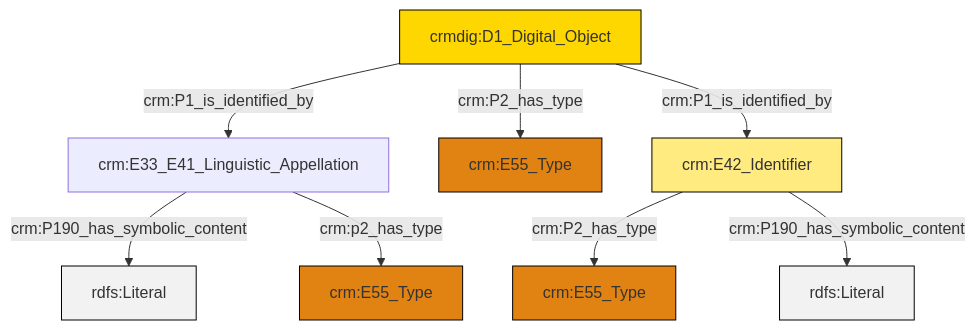
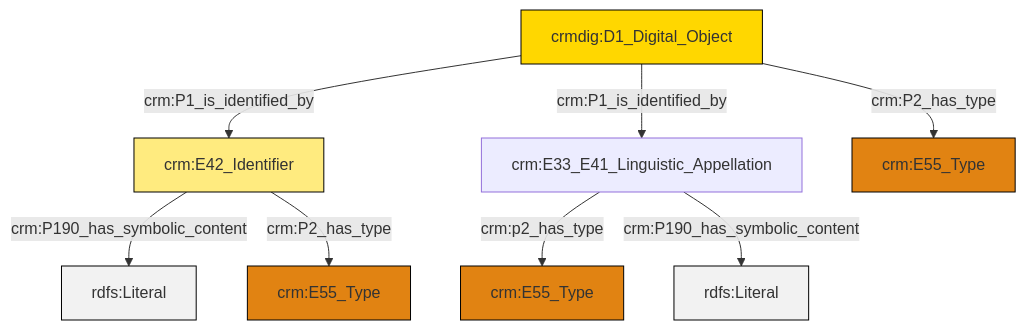
One commit to ncarboni/srdm changed the diagram in et/doCSV/ttl/mmd/do_name.ttl.mmd. Above: the diagram before and after it, drawn with Mermaid. The commit also changed 127 other files, not shown here.

```diff
--- a/et/doCSV/ttl/mmd/do_name.ttl.mmd
+++ b/et/doCSV/ttl/mmd/do_name.ttl.mmd
@@ -1,22 +1,22 @@
 graph TD
 classDef Literal fill:#f2f2f2,stroke:#000000;
 classDef CRM_Entity fill:#FFFFFF,stroke:#000000;
 classDef Temporal_Entity fill:#00C9E6, stroke:#000000;
 classDef Type fill:#E18312, stroke:#000000;
 classDef Time-Span fill:#2C9C91, stroke:#000000;
 classDef Appellation fill:#FFEB7F, stroke:#000000;
 classDef Place fill:#008836, stroke:#000000;
 classDef Persistent_Item fill:#B266B2, stroke:#000000;
 classDef Conceptual_Object fill:#FFD700, stroke:#000000;
 classDef Physical_Thing fill:#D2B48C, stroke:#000000;
 classDef Actor fill:#f58aad, stroke:#000000;
 classDef PC_Classes fill:#4ce600, stroke:#000000;
 classDef Multi fill:#cccccc,stroke:#000000;
 
-4["crm:E42_Identifier"]:::Appellation -->|crm:P2_has_type| 2["crm:E55_Type"]:::Type
-5["crmdig:D1_Digital_Object"]:::Conceptual_Object -->|crm:P2_has_type| 6["crm:E55_Type"]:::Type
-7["crm:E33_E41_Linguistic_Appellation"]:::Default -->|crm:P190_has_symbolic_content| 8[rdfs:Literal]:::Literal
-7["crm:E33_E41_Linguistic_Appellation"]:::Default -->|crm:p2_has_type| 0["crm:E55_Type"]:::Type
-5["crmdig:D1_Digital_Object"]:::Conceptual_Object -->|crm:P1_is_identified_by| 7["crm:E33_E41_Linguistic_Appellation"]:::Default
-4["crm:E42_Identifier"]:::Appellation -->|crm:P190_has_symbolic_content| 12[rdfs:Literal]:::Literal
-5["crmdig:D1_Digital_Object"]:::Conceptual_Object -->|crm:P1_is_identified_by| 4["crm:E42_Identifier"]:::Appellation
+2["crm:E33_E41_Linguistic_Appellation"]:::Default -->|crm:p2_has_type| 3["crm:E55_Type"]:::Type
+4["crm:E42_Identifier"]:::Appellation -->|crm:P190_has_symbolic_content| 6[rdfs:Literal]:::Literal
+0["crmdig:D1_Digital_Object"]:::Conceptual_Object -->|crm:P1_is_identified_by| 4["crm:E42_Identifier"]:::Appellation
+0["crmdig:D1_Digital_Object"]:::Conceptual_Object -->|crm:P2_has_type| 9["crm:E55_Type"]:::Type
+4["crm:E42_Identifier"]:::Appellation -->|crm:P2_has_type| 11["crm:E55_Type"]:::Type
+2["crm:E33_E41_Linguistic_Appellation"]:::Default -->|crm:P190_has_symbolic_content| 14[rdfs:Literal]:::Literal
+0["crmdig:D1_Digital_Object"]:::Conceptual_Object -->|crm:P1_is_identified_by| 2["crm:E33_E41_Linguistic_Appellation"]:::Default
```
